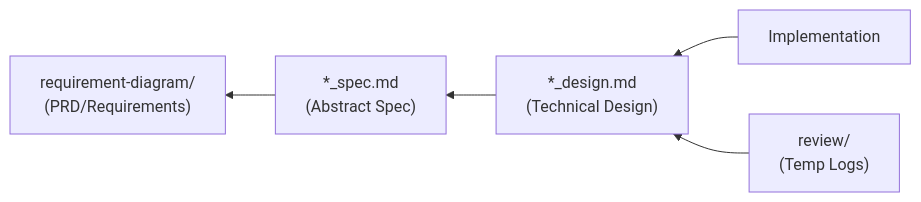
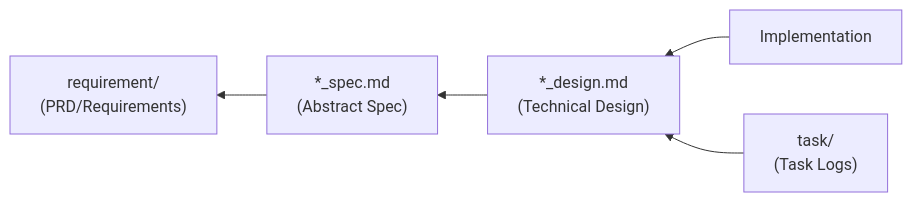
Before and after one commit to ToshikiImagawa/ai-sdd-workflow-ja: the diagram in plugins/sdd-workflow/agents/sdd-workflow.md, drawn with Mermaid. The commit also changed other lines of this file and 52 other files, not shown here.

````diff
--- a/plugins/sdd-workflow/agents/sdd-workflow.md
+++ b/plugins/sdd-workflow/agents/sdd-workflow.md
@@ -80,7 +204,7 @@
 ```mermaid
 graph RL
     IMPL[Implementation] --> DESIGN["*_design.md<br/>(Technical Design)"]
-    REVIEW["review/<br/>(Temp Logs)"] --> DESIGN
+    TASK["task/<br/>(Task Logs)"] --> DESIGN
     DESIGN --> SPEC["*_spec.md<br/>(Abstract Spec)"]
-    SPEC --> PRD["requirement-diagram/<br/>(PRD/Requirements)"]
+    SPEC --> PRD["requirement/<br/>(PRD/Requirements)"]
 ```
````
